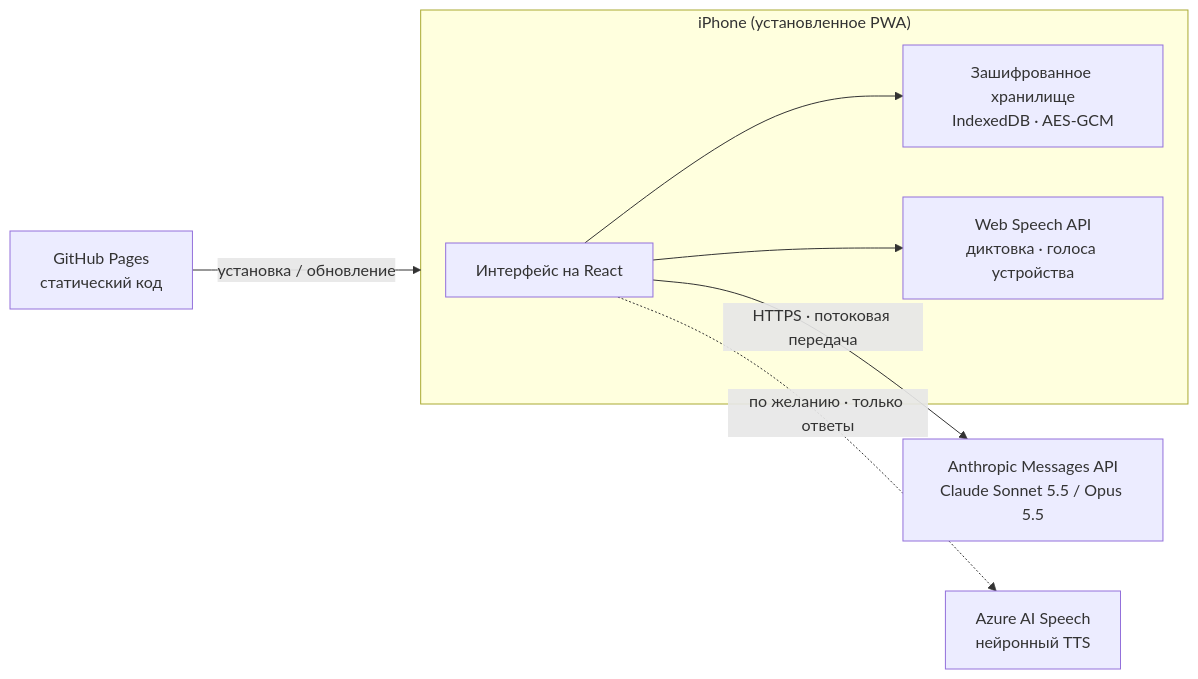
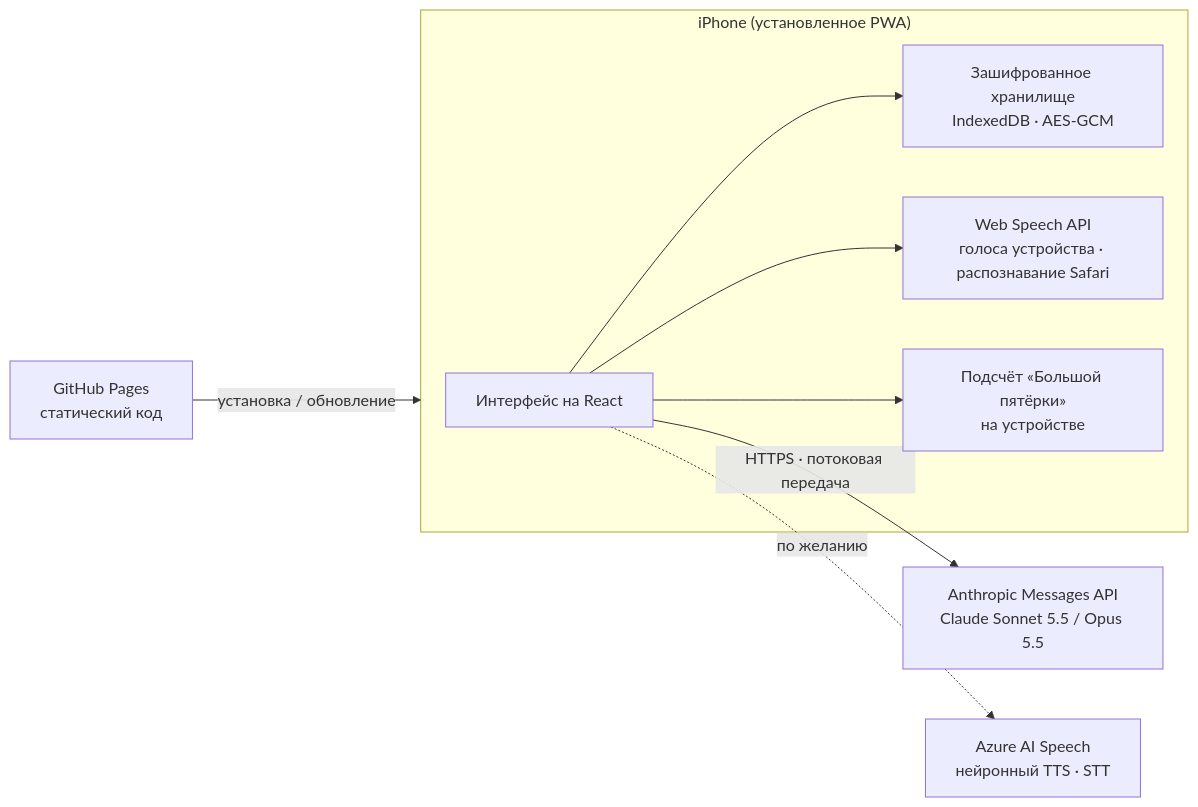
The diagram in README.ru.md (YILDIRIMZX/Piskolojik-Destek-Uygulamas-), drawn with Mermaid before and after one commit. The commit also changed other lines of this file and 28 other files, not shown here.

````diff
--- a/README.ru.md
+++ b/README.ru.md
@@ -56,10 +95,11 @@
 ```mermaid
 flowchart LR
   subgraph Device["iPhone (установленное PWA)"]
     UI["Интерфейс на React"] --> Store["Зашифрованное хранилище<br/>IndexedDB · AES-GCM"]
-    UI --> Speech["Web Speech API<br/>диктовка · голоса устройства"]
+    UI --> Speech["Web Speech API<br/>голоса устройства · распознавание Safari"]
+    UI --> Test["Подсчёт «Большой пятёрки»<br/>на устройстве"]
   end
   UI -- "HTTPS · потоковая передача" --> Claude["Anthropic Messages API<br/>Claude Sonnet 5.5 / Opus 5.5"]
-  UI -. "по желанию · только ответы" .-> Azure["Azure AI Speech<br/>нейронный TTS"]
+  UI -. "по желанию" .-> Azure["Azure AI Speech<br/>нейронный TTS · STT"]
   Pages["GitHub Pages<br/>статический код"] -- "установка / обновление" --> Device
 ```
````
